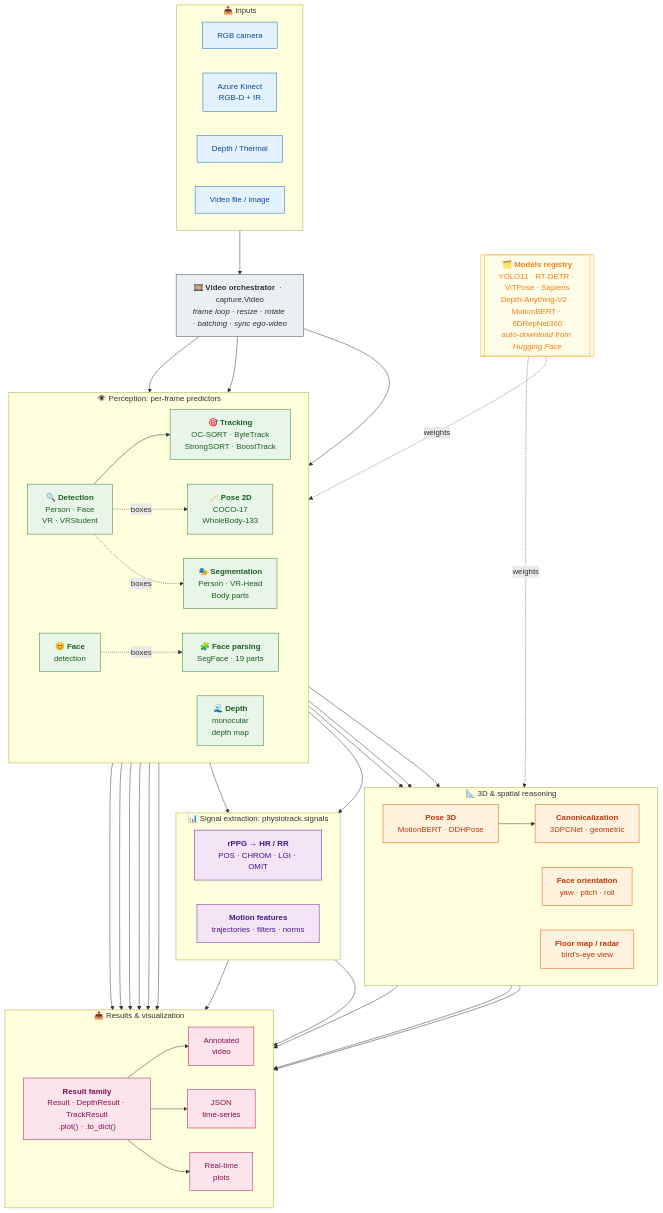
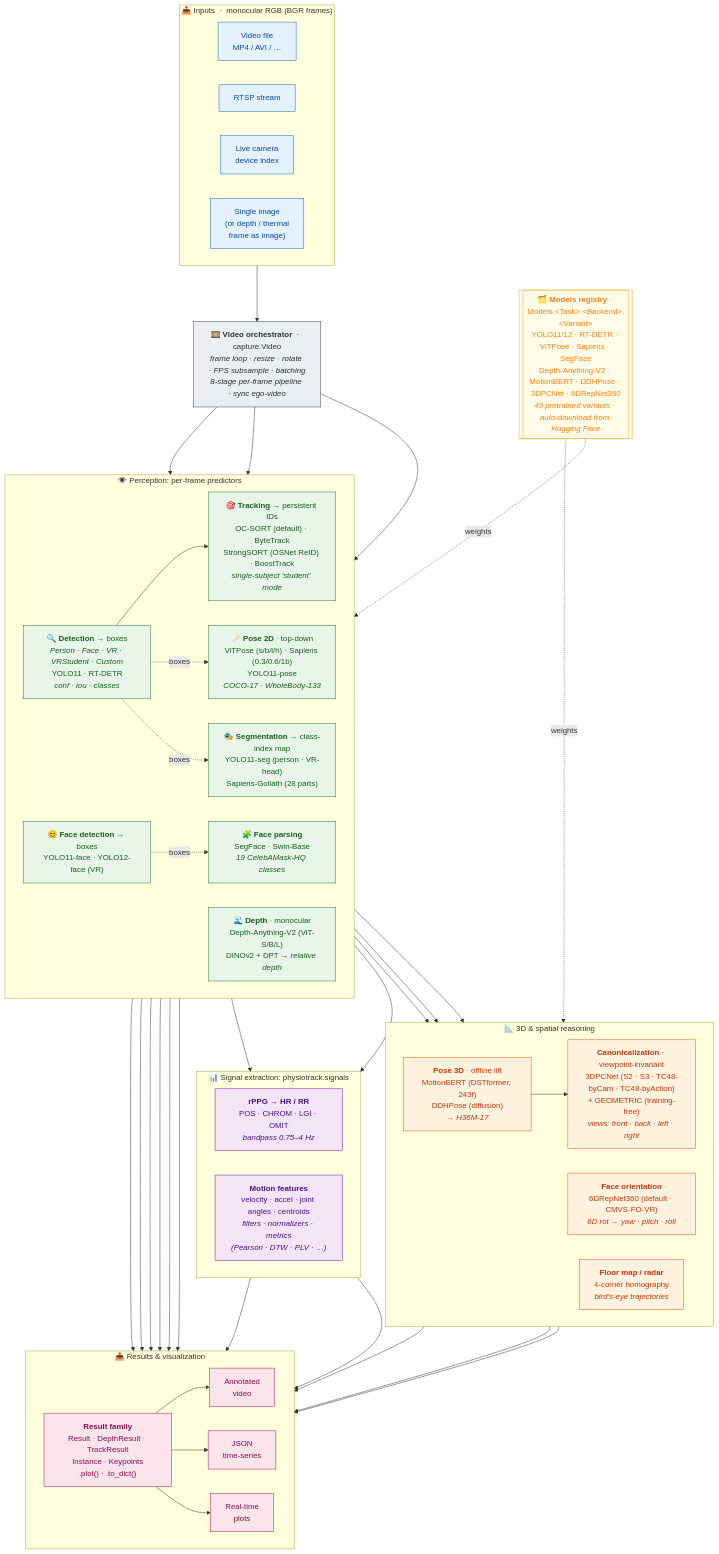
The diagram in README.md (Arritmic/physiotrack), drawn with Mermaid before and after one commit. The commit also changed other lines of this file, not shown here.

Commit message:
update: digarm update with one more depth level

````diff
--- a/README.md
+++ b/README.md
@@ -75,56 +75,56 @@
 ```mermaid
 flowchart TB
     %% ---------------- Inputs ----------------
-    subgraph IN["📥 Inputs"]
+    subgraph IN["📥 Inputs &nbsp;·&nbsp; monocular RGB (BGR frames)"]
         direction LR
-        I1["RGB camera"]
-        I2["Azure Kinect<br/>RGB-D + IR"]
-        I3["Depth / Thermal"]
-        I4["Video file / image"]
+        I1["Video file<br/>MP4 / AVI / …"]
+        I2["RTSP stream"]
+        I3["Live camera<br/>device index"]
+        I4["Single image<br/>(or depth / thermal<br/>frame as image)"]
     end
 
     %% ---------------- Capture ----------------
-    CAP["🎞️ <b>Video orchestrator</b> &nbsp;·&nbsp; capture.Video<br/><i>frame loop · resize · rotate · batching · sync ego-video</i>"]
+    CAP["🎞️ <b>Video orchestrator</b> &nbsp;·&nbsp; capture.Video<br/><i>frame loop · resize · rotate · FPS subsample · batching</i><br/><i>8-stage per-frame pipeline · sync ego-video</i>"]
 
     %% ------------- Perception (per-frame) -------------
     subgraph PERC["👁️ Perception: per-frame predictors"]
         direction LR
-        DET["🔍 <b>Detection</b><br/>Person · Face<br/>VR · VRStudent"]
-        TRK["🎯 <b>Tracking</b><br/>OC-SORT · ByteTrack<br/>StrongSORT · BoostTrack"]
-        POSE["🦴 <b>Pose 2D</b><br/>COCO-17<br/>WholeBody-133"]
-        SEG["🎭 <b>Segmentation</b><br/>Person · VR-Head<br/>Body parts"]
-        DEP["🌊 <b>Depth</b><br/>monocular<br/>depth map"]
-        FDET["😊 <b>Face</b><br/>detection"]
-        FSEG["🧩 <b>Face parsing</b><br/>SegFace · 19 parts"]
+        DET["🔍 <b>Detection</b> → boxes<br/><i>Person · Face · VR · VRStudent · Custom</i><br/>YOLO11 · RT-DETR<br/><i>conf · iou · classes</i>"]
+        TRK["🎯 <b>Tracking</b> → persistent IDs<br/>OC-SORT (default) · ByteTrack<br/>StrongSORT (OSNet ReID) · BoostTrack<br/><i>single-subject 'student' mode</i>"]
+        POSE["🦴 <b>Pose 2D</b> · top-down<br/>ViTPose (s/b/l/h) · Sapiens (0.3/0.6/1b)<br/>YOLO11-pose<br/><i>COCO-17 · WholeBody-133</i>"]
+        SEG["🎭 <b>Segmentation</b> → class-index map<br/>YOLO11-seg (person · VR-head)<br/>Sapiens-Goliath (28 parts)"]
+        DEP["🌊 <b>Depth</b> · monocular<br/>Depth-Anything-V2 (ViT-S/B/L)<br/>DINOv2 + DPT → <i>relative depth</i>"]
+        FDET["😊 <b>Face detection</b> → boxes<br/>YOLO11-face · YOLO12-face (VR)"]
+        FSEG["🧩 <b>Face parsing</b><br/>SegFace · Swin-Base<br/><i>19 CelebAMask-HQ classes</i>"]
     end
 
     %% ------------- 3D & spatial reasoning -------------
     subgraph SPAT["📐 3D &amp; spatial reasoning"]
         direction LR
-        P3D["<b>Pose 3D</b><br/>MotionBERT · DDHPose"]
-        CAN["<b>Canonicalization</b><br/>3DPCNet · geometric"]
-        FORI["<b>Face orientation</b><br/>yaw · pitch · roll"]
-        RAD["<b>Floor map / radar</b><br/>bird's-eye view"]
+        P3D["<b>Pose 3D</b> · offline lift<br/>MotionBERT (DSTformer, 243f)<br/>DDHPose (diffusion)<br/><i>→ H36M-17</i>"]
+        CAN["<b>Canonicalization</b> · viewpoint-invariant<br/>3DPCNet (S2 · S3 · TC48-byCam · TC48-byAction)<br/>+ GEOMETRIC (training-free)<br/><i>views: front · back · left · right</i>"]
+        FORI["<b>Face orientation</b><br/>6DRepNet360 (default · CMVS-FO-VR)<br/><i>6D rot → yaw · pitch · roll</i>"]
+        RAD["<b>Floor map / radar</b><br/>4-corner homography<br/><i>bird's-eye trajectories</i>"]
     end
 
     %% ------------- Signal extraction -------------
     subgraph SIG["📊 Signal extraction: physiotrack.signals"]
         direction LR
-        PPG["<b>rPPG → HR / RR</b><br/>POS · CHROM · LGI · OMIT"]
-        MOT["<b>Motion features</b><br/>trajectories · filters · norms"]
+        PPG["<b>rPPG → HR / RR</b><br/>POS · CHROM · LGI · OMIT<br/><i>bandpass 0.75–4 Hz</i>"]
+        MOT["<b>Motion features</b><br/>velocity · accel · joint angles · centroids<br/><i>filters · normalizers · metrics</i><br/><i>(Pearson · DTW · PLV · …)</i>"]
     end
 
     %% ------------- Outputs -------------
     subgraph OUT["📤 Results &amp; visualization"]
         direction LR
-        RES["<b>Result family</b><br/>Result · DepthResult · TrackResult<br/>.plot() · .to_dict()"]
+        RES["<b>Result family</b><br/>Result · DepthResult · TrackResult<br/>Instance · Keypoints<br/>.plot() · .to_dict()"]
         VID["Annotated<br/>video"]
         JSON["JSON<br/>time-series"]
         RTP["Real-time<br/>plots"]
     end
 
     %% ------------- Model registry -------------
-    REG[["🗂️ <b>Models registry</b><br/>YOLO11 · RT-DETR · ViTPose · Sapiens<br/>Depth-Anything-V2 · MotionBERT · 6DRepNet360<br/><i>auto-download from Hugging Face</i>"]]
+    REG[["🗂️ <b>Models registry</b> · Models.&lt;Task&gt;.&lt;Backend&gt;.&lt;Variant&gt;<br/>YOLO11/12 · RT-DETR · ViTPose · Sapiens · SegFace<br/>Depth-Anything-V2 · MotionBERT · DDHPose · 3DPCNet · 6DRepNet360<br/><i>49 pretrained variants · auto-download from Hugging Face</i>"]]
 
     %% ---------------- Flow ----------------
     IN --> CAP
````
